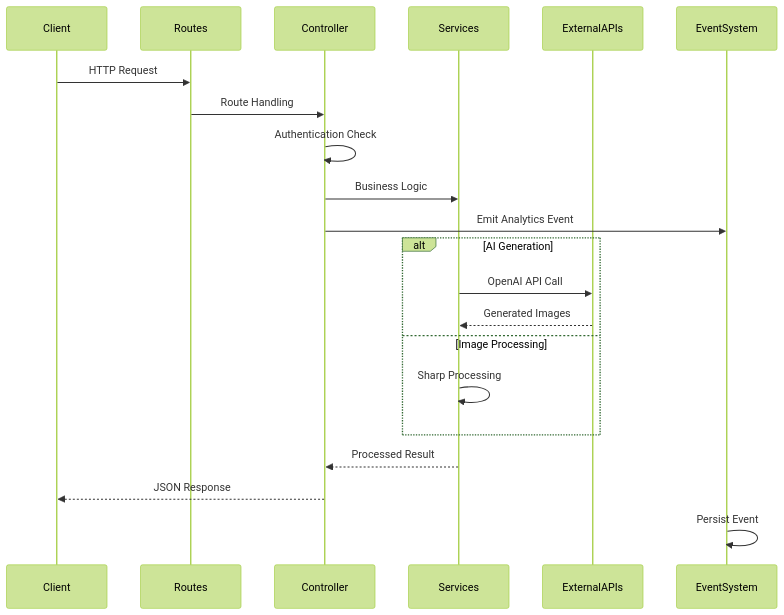
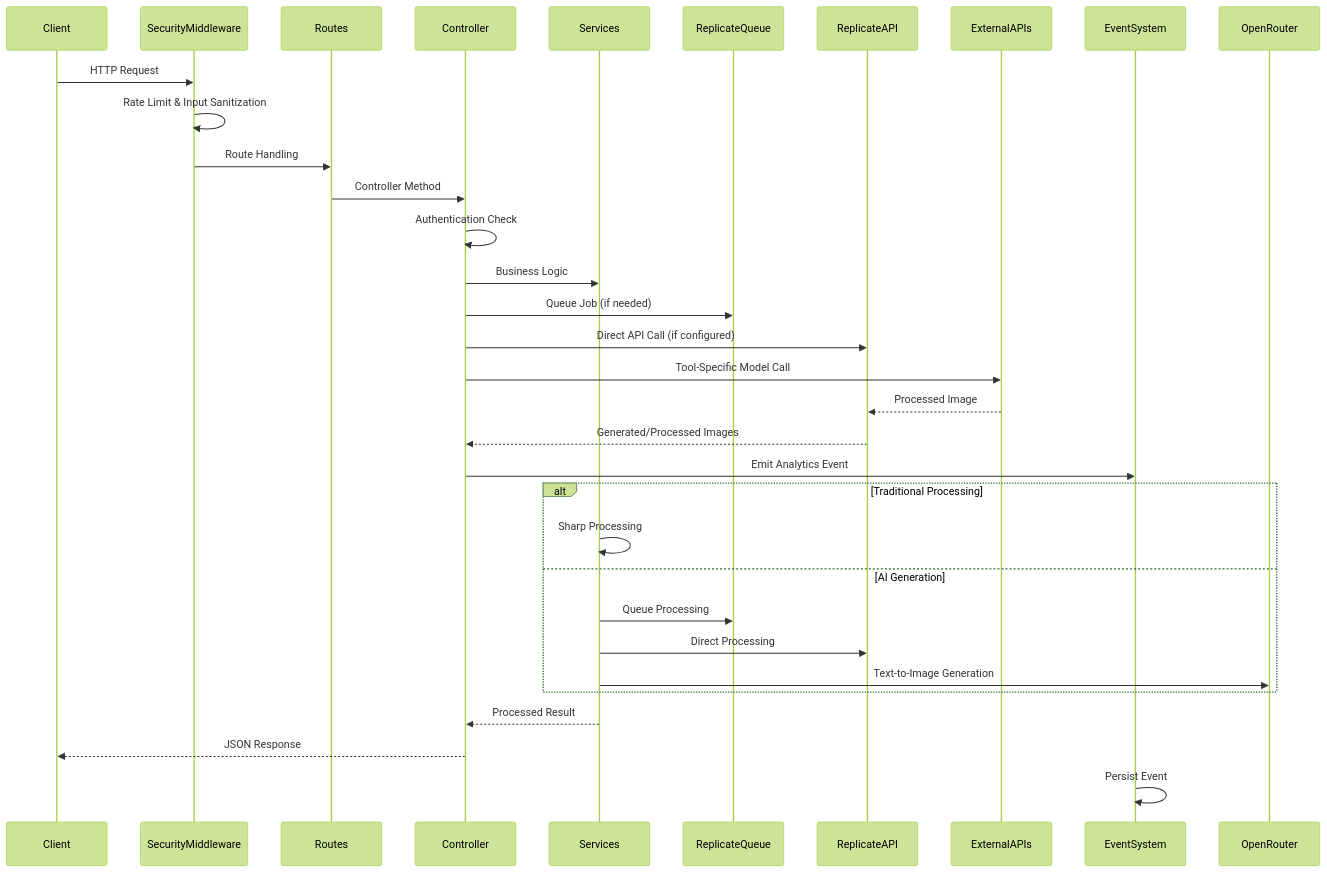
The second of 15 diagrams in .qoder/repowiki/en/content/Backend Architecture/Thumbnail Processing Module.md (Brimstow/ThumPiks), drawn with Mermaid (forest theme) before and after one commit. The commit also changed other lines of this file and 900 other files, not shown here.

````diff
--- a/.qoder/repowiki/en/content/Backend Architecture/Thumbnail Processing Module.md
+++ b/.qoder/repowiki/en/content/Backend Architecture/Thumbnail Processing Module.md
@@ -94,23 +178,34 @@
 ```mermaid
 sequenceDiagram
 participant Client
+participant SecurityMiddleware
 participant Routes
 participant Controller
 participant Services
+participant ReplicateQueue
+participant ReplicateAPI
 participant ExternalAPIs
 participant EventSystem
-Client->>Routes : HTTP Request
-Routes->>Controller : Route Handling
+Client->>SecurityMiddleware : HTTP Request
+SecurityMiddleware->>SecurityMiddleware : Rate Limit & Input Sanitization
+SecurityMiddleware->>Routes : Route Handling
+Routes->>Controller : Controller Method
 Controller->>Controller : Authentication Check
 Controller->>Services : Business Logic
+Controller->>ReplicateQueue : Queue Job (if needed)
+Controller->>ReplicateAPI : Direct API Call (if configured)
+Controller->>ExternalAPIs : Tool-Specific Model Call
+ExternalAPIs-->>ReplicateAPI : Processed Image
+ReplicateAPI-->>Controller : Generated/Processed Images
 Controller->>EventSystem : Emit Analytics Event
-alt AI Generation
-Services->>ExternalAPIs : OpenAI API Call
-ExternalAPIs-->>Services : Generated Images
-else Image Processing
+alt Traditional Processing
 Services->>Services : Sharp Processing
+else AI Generation
+Services->>ReplicateQueue : Queue Processing
+Services->>ReplicateAPI : Direct Processing
+Services->>OpenRouter : Text-to-Image Generation
 end
 Services-->>Controller : Processed Result
 Controller-->>Client : JSON Response
 EventSystem->>EventSystem : Persist Event
 ```
````
